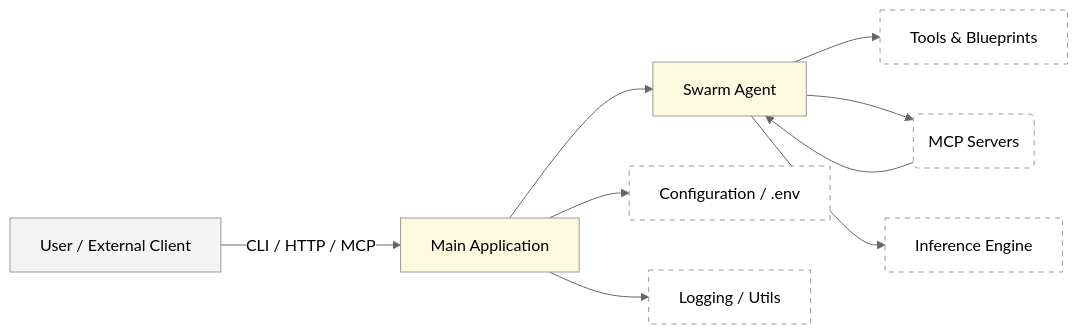
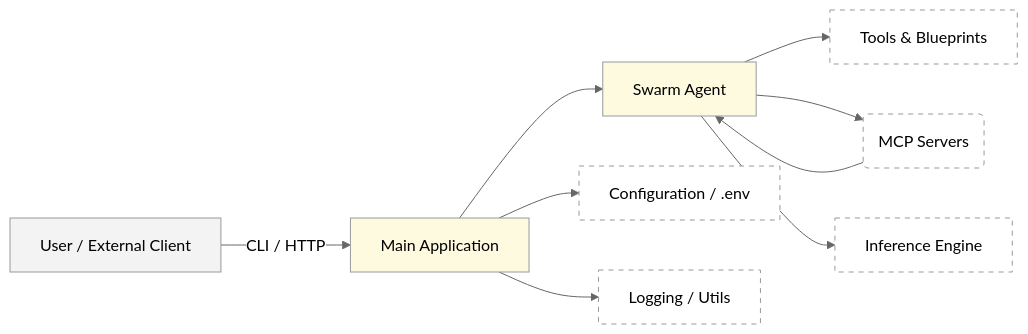
One commit to mkc909/open-swarm-mcp changed the first of 4 diagrams in DEVELOPMENT.md. Above: the diagram before and after it, drawn with Mermaid (neutral theme). The commit also changed other lines of this file and 4 other files, not shown here.

````diff
--- a/DEVELOPMENT.md
+++ b/DEVELOPMENT.md
@@ -25,20 +24,20 @@
 ```mermaid
 flowchart LR
-    A[User / External Client] -->|CLI / HTTP / MCP| B[Main Application]
+    A[User / External Client] -->|CLI / HTTP| B[Main Application]
     B --> C[Swarm Agent]
     B --> H[Configuration / .env]
     C --> D[Tools & Blueprints]
     C --> E(MCP Servers)
     E --> C
     B --> F[Logging / Utils]
     C --> G[Inference Engine]
 
     style A fill:#f3f3f3,stroke:#999,stroke-width:1px
     style B fill:#fefae0,stroke:#999,stroke-width:1px
     style C fill:#fefae0,stroke:#999,stroke-width:1px
     style D fill:#ffffff,stroke:#999,stroke-width:1px,stroke-dasharray: 5,5
     style E fill:#ffffff,stroke:#999,stroke-width:1px,stroke-dasharray: 5,5
     style F fill:#ffffff,stroke:#999,stroke-width:1px,stroke-dasharray: 5,5
     style G fill:#ffffff,stroke:#999,stroke-width:1px,stroke-dasharray: 5,5
     style H fill:#ffffff,stroke:#999,stroke-width:1px,stroke-dasharray: 5,5
 ```
````
